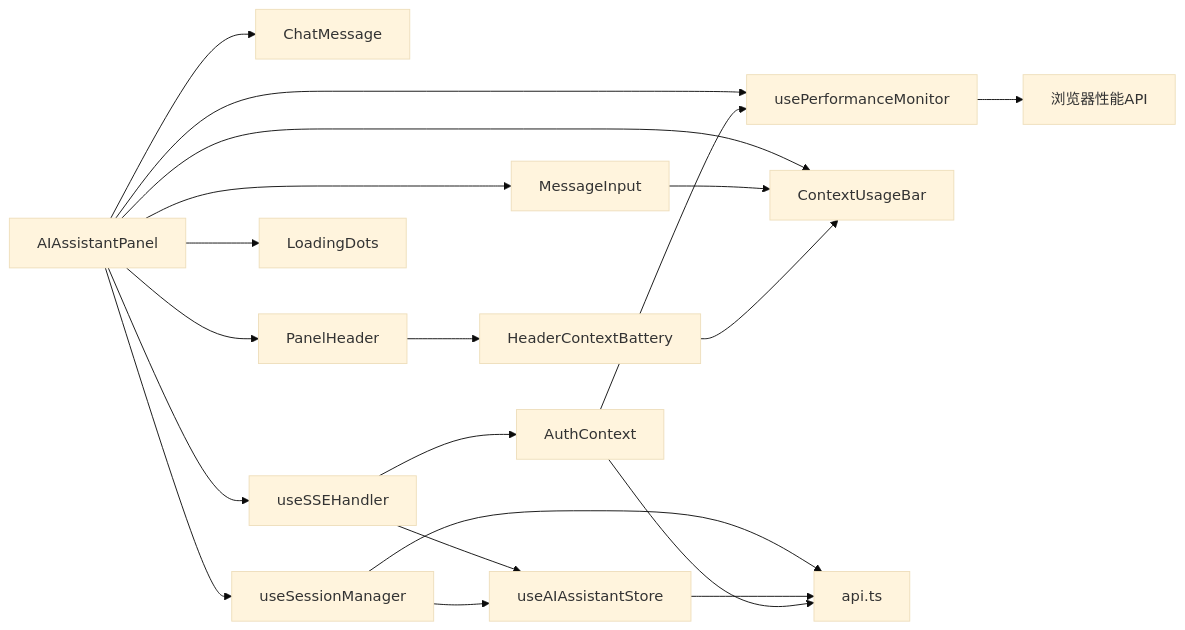
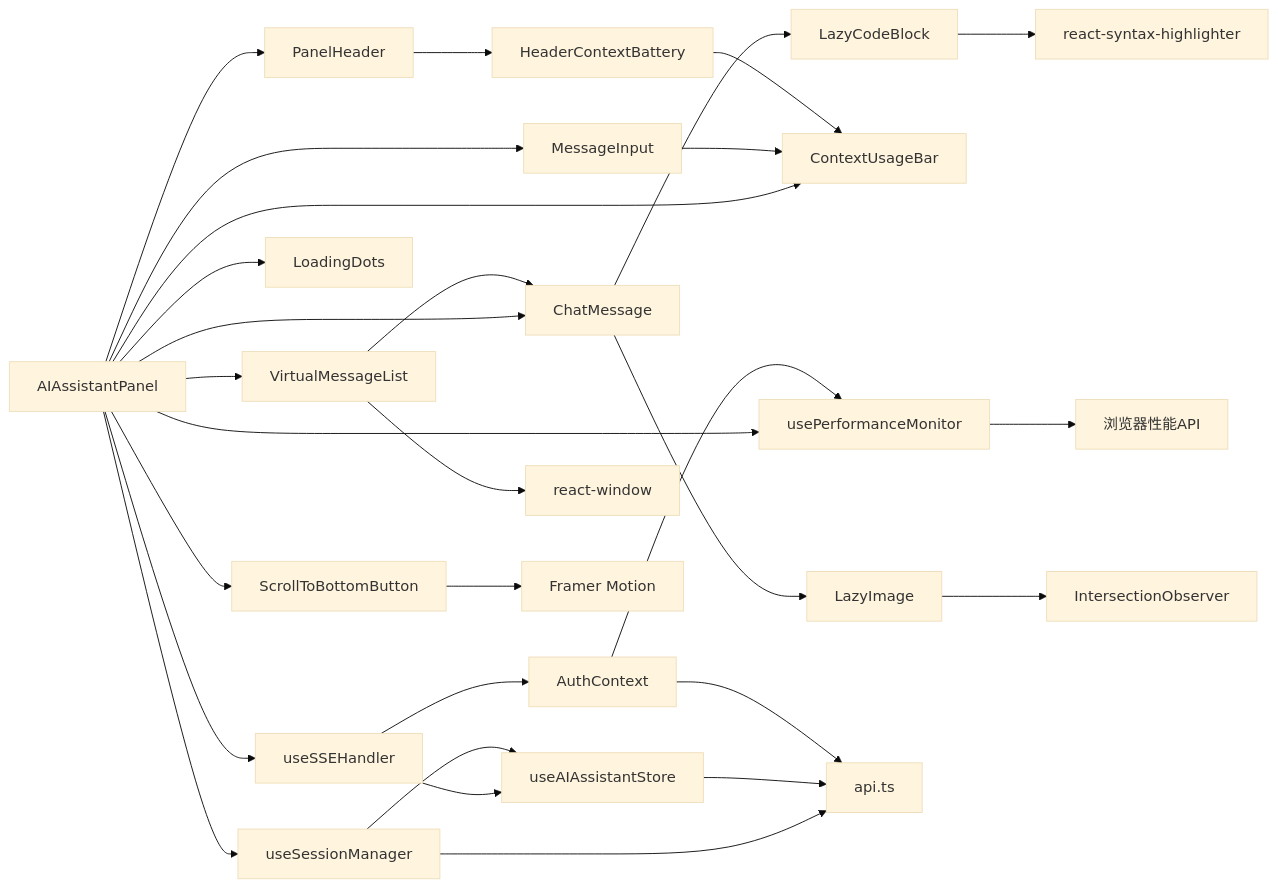
Diagram 24 of 24 in .qoder/repowiki/zh/content/前端应用架构/UI组件库/画布组件系统/AI助手面板.md (KunLabAI/KunFlix), drawn with Mermaid (base theme) before and after one commit. The commit also changed other lines of this file and 22 other files, not shown here.

````diff
--- a/.qoder/repowiki/zh/content/前端应用架构/UI组件库/画布组件系统/AI助手面板.md
+++ b/.qoder/repowiki/zh/content/前端应用架构/UI组件库/画布组件系统/AI助手面板.md
@@ -741,22 +1062,31 @@
 ```mermaid
 graph LR
 AIP["AIAssistantPanel"] --> CHAT["ChatMessage"]
 AIP --> INPUT["MessageInput"]
 AIP --> HDR["PanelHeader"]
 AIP --> SSE["useSSEHandler"]
 AIP --> SESS["useSessionManager"]
 AIP --> PERF["usePerformanceMonitor"]
 AIP --> CONTEXT["ContextUsageBar"]
 AIP --> LOADING["LoadingDots"]
+AIP --> VLIST["VirtualMessageList"]
+AIP --> SCROLLBTN["ScrollToBottomButton"]
 HDR --> HEADERCTX["HeaderContextBattery"]
+VLIST --> CHAT
+CHAT --> LAZYCODE["LazyCodeBlock"]
+CHAT --> LAZYIMG["LazyImage"]
 SSE --> STORE["useAIAssistantStore"]
 SESS --> STORE
 SESS --> API["api.ts"]
 SSE --> AUTH["AuthContext"]
 STORE --> API
 INPUT --> CONTEXT
 HEADERCTX --> CONTEXT
 AUTH --> API
 AUTH --> PERF
 PERF --> BROWSER["浏览器性能API"]
+VLIST --> REACTWINDOW["react-window"]
+SCROLLBTN --> FRAMERMOTION["Framer Motion"]
+LAZYCODE --> SYNTAXHIGHLIGHTER["react-syntax-highlighter"]
+LAZYIMG --> INTERSECTIONOBSERVER["IntersectionObserver"]
 ```
````
